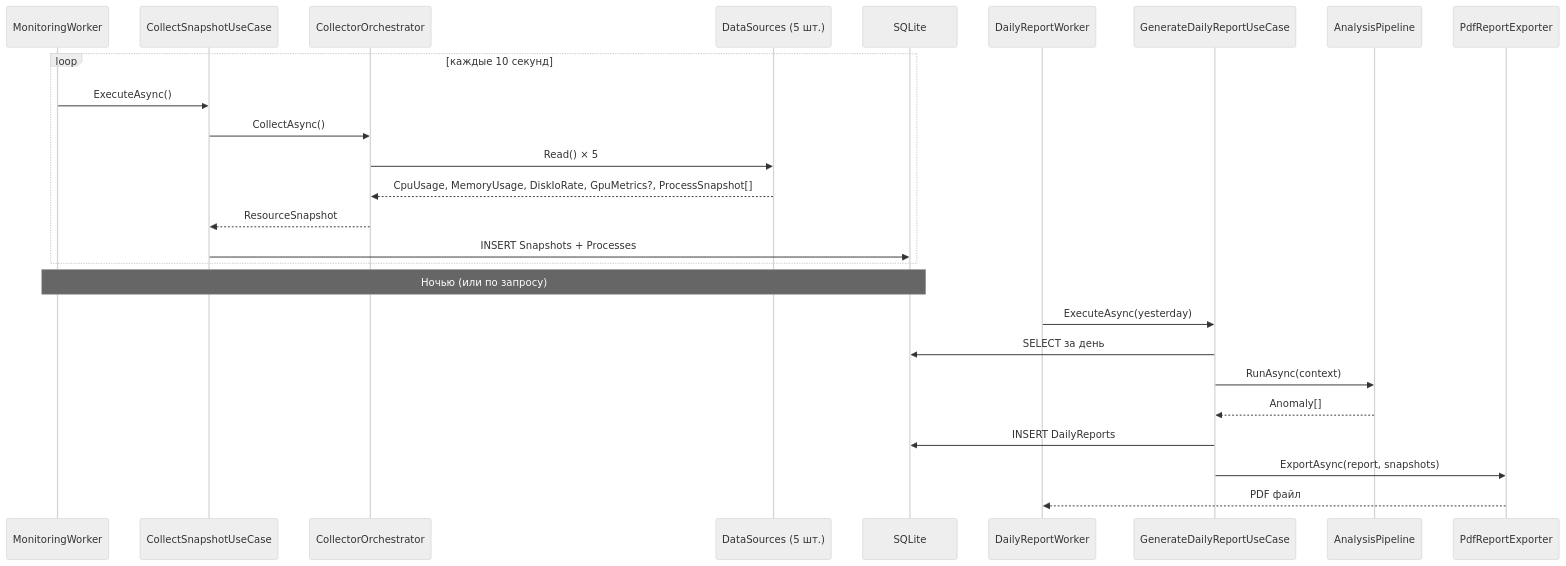
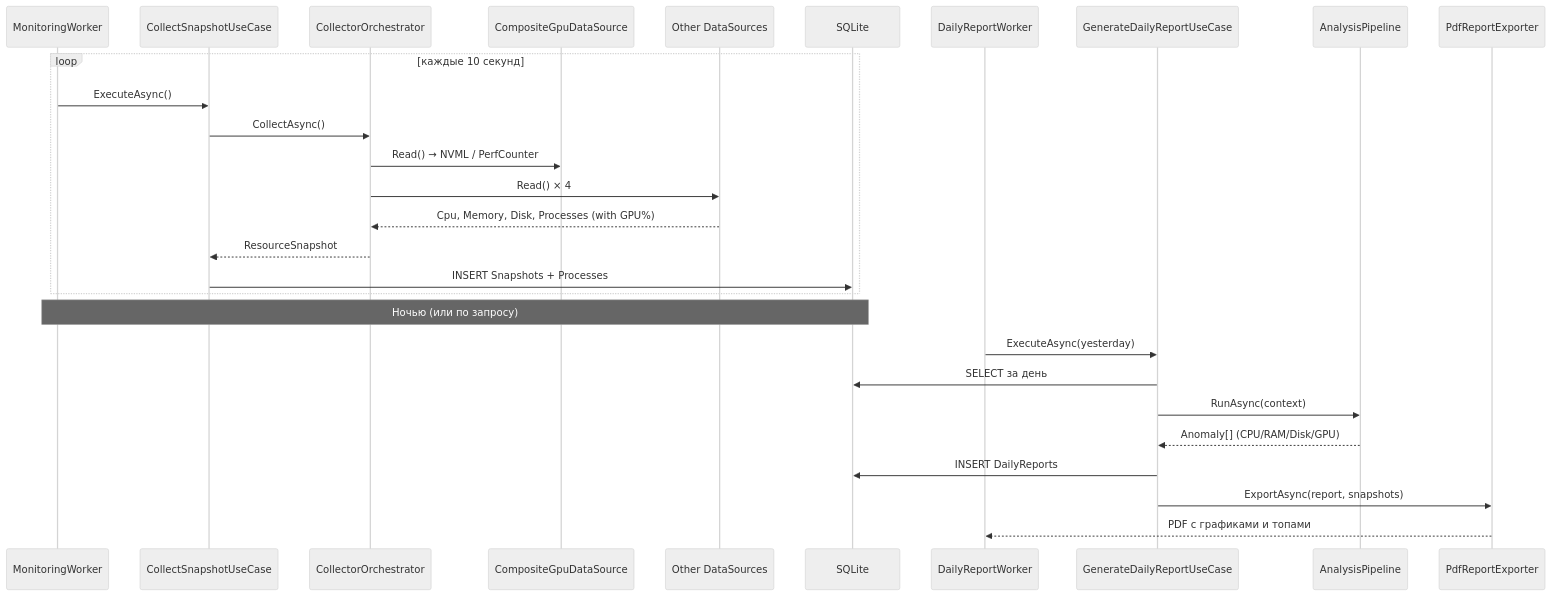
One commit to Aakiyaru/PcMonitor changed the diagram in README.md. Above: the diagram before and after it, drawn with Mermaid (neutral theme). The commit also changed other lines of this file, not shown here.

````diff
--- a/README.md
+++ b/README.md
@@ -304,32 +349,34 @@
 ```mermaid
 sequenceDiagram
     participant MW as MonitoringWorker
     participant UC as CollectSnapshotUseCase
     participant OR as CollectorOrchestrator
-    participant DS as DataSources (5 шт.)
+    participant GPU as CompositeGpuDataSource
+    participant DS as Other DataSources
     participant DB as SQLite
     
     loop каждые 10 секунд
         MW->>UC: ExecuteAsync()
         UC->>OR: CollectAsync()
-        OR->>DS: Read() × 5
-        DS-->>OR: CpuUsage, MemoryUsage, DiskIoRate, GpuMetrics?, ProcessSnapshot[]
+        OR->>GPU: Read() → NVML / PerfCounter
+        OR->>DS: Read() × 4
+        DS-->>OR: Cpu, Memory, Disk, Processes (with GPU%)
         OR-->>UC: ResourceSnapshot
         UC->>DB: INSERT Snapshots + Processes
     end
     
     Note over MW,DB: Ночью (или по запросу)
     
     participant DW as DailyReportWorker
     participant UC2 as GenerateDailyReportUseCase
     participant AN as AnalysisPipeline
     participant EXP as PdfReportExporter
     
     DW->>UC2: ExecuteAsync(yesterday)
     UC2->>DB: SELECT за день
     UC2->>AN: RunAsync(context)
-    AN-->>UC2: Anomaly[]
+    AN-->>UC2: Anomaly[] (CPU/RAM/Disk/GPU)
     UC2->>DB: INSERT DailyReports
     UC2->>EXP: ExportAsync(report, snapshots)
-    EXP-->>DW: PDF файл
+    EXP-->>DW: PDF с графиками и топами
 ```
````
